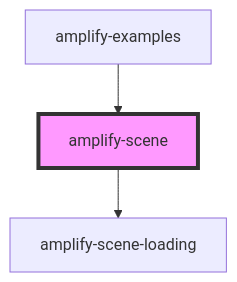
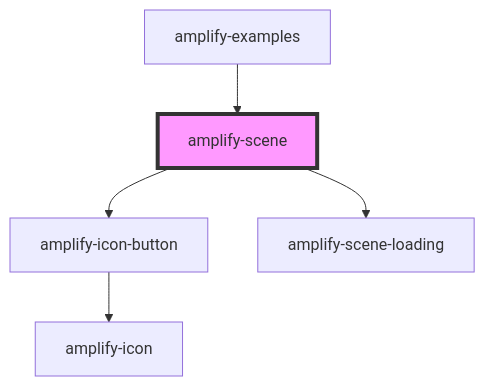
One commit to aws-amplify/amplify-js changed the diagram in packages/amplify-ui-components/src/components/amplify-scene/readme.md. Above: the diagram before and after it, drawn with Mermaid. The commit also changed other lines of this file and 13 other files, not shown here.

Commit message:
amplify-scene and amplify-icon-button components

````diff
--- a/packages/amplify-ui-components/src/components/amplify-scene/readme.md
+++ b/packages/amplify-ui-components/src/components/amplify-scene/readme.md
@@ -26,6 +24,8 @@
 ```mermaid
 graph TD;
+  amplify-scene --> amplify-icon-button
   amplify-scene --> amplify-scene-loading
+  amplify-icon-button --> amplify-icon
   amplify-examples --> amplify-scene
   style amplify-scene fill:#f9f,stroke:#333,stroke-width:4px
 ```
````
